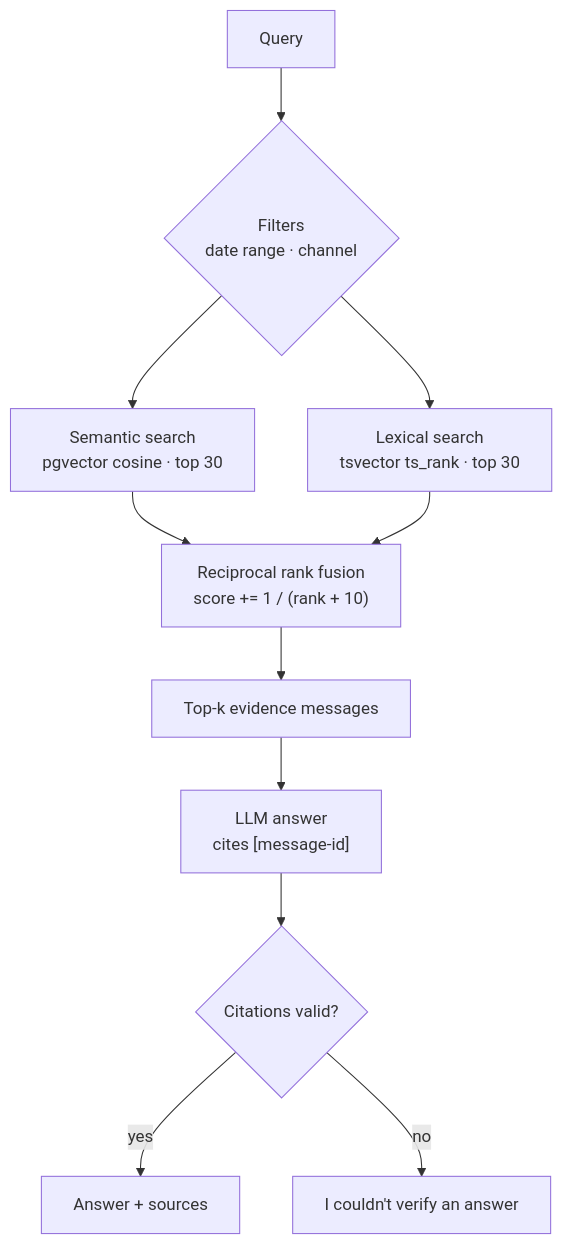
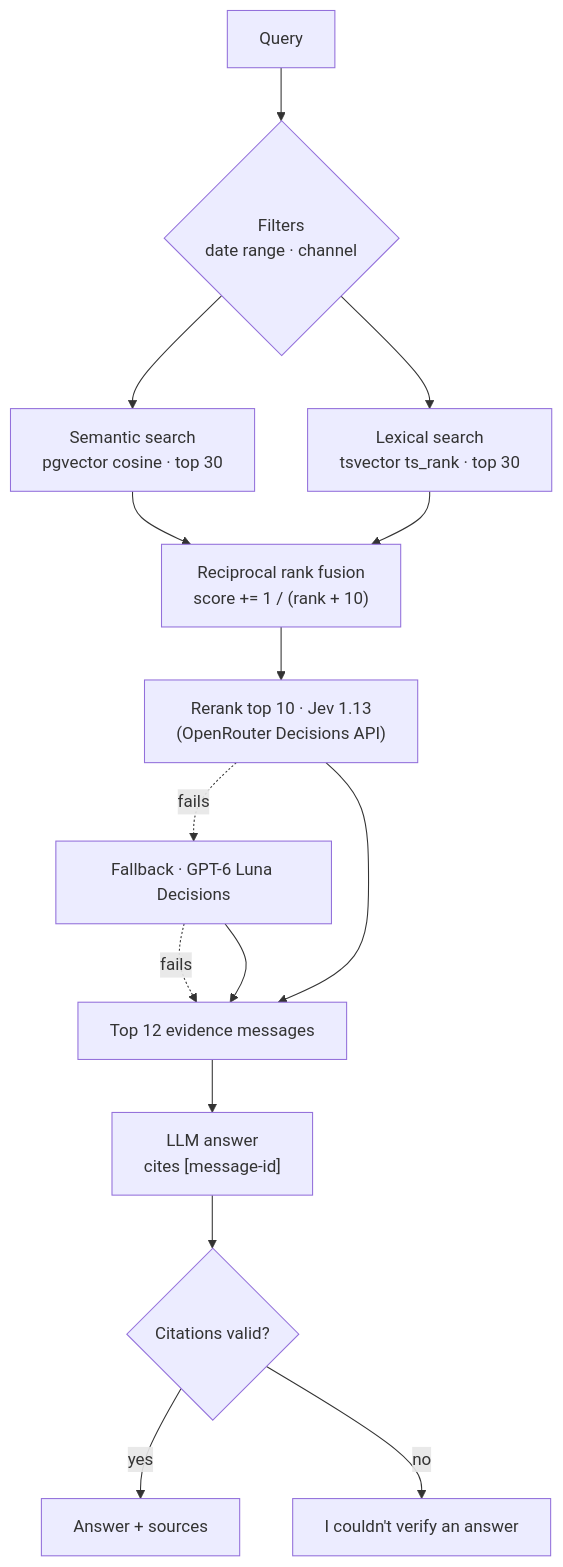
The second of 3 diagrams in README.md (AbhayKale332/RecallHQ), drawn with Mermaid before and after one commit. The commit also changed other lines of this file and 3 other files, not shown here.

Commit message:
feat: rerank top hits with Jev, falling back to GPT-6 Luna

````diff
--- a/README.md
+++ b/README.md
@@ -51,13 +53,17 @@
 ```mermaid
 flowchart TD
     Q[Query] --> F{"Filters<br/>date range · channel"}
     F --> S["Semantic search<br/>pgvector cosine · top 30"]
     F --> L["Lexical search<br/>tsvector ts_rank · top 30"]
     S --> R["Reciprocal rank fusion<br/>score += 1 / (rank + 10)"]
     L --> R
-    R --> E[Top-k evidence messages]
+    R --> RR["Rerank top 10 · Jev 1.13<br/>(OpenRouter Decisions API)"]
+    RR -.->|fails| RL["Fallback · GPT-6 Luna Decisions"]
+    RL -.->|fails| E
+    RR --> E[Top 12 evidence messages]
+    RL --> E
     E --> G["LLM answer<br/>cites [message-id]"]
     G --> V{Citations valid?}
     V -->|yes| A[Answer + sources]
     V -->|no| N["I couldn't verify an answer"]
 ```
````
